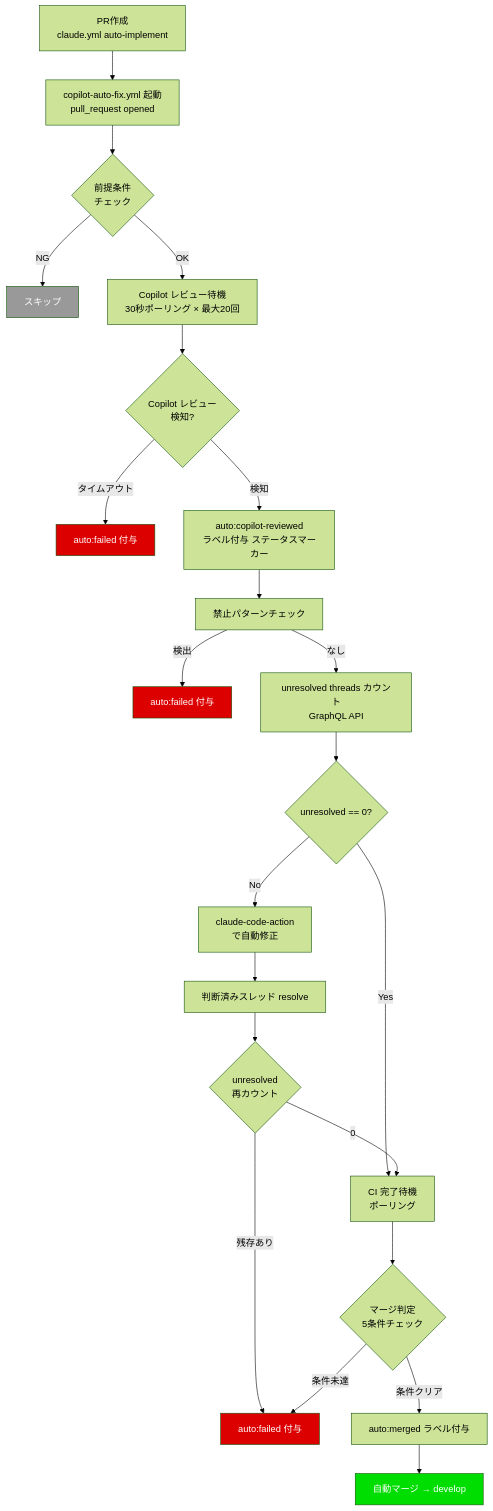
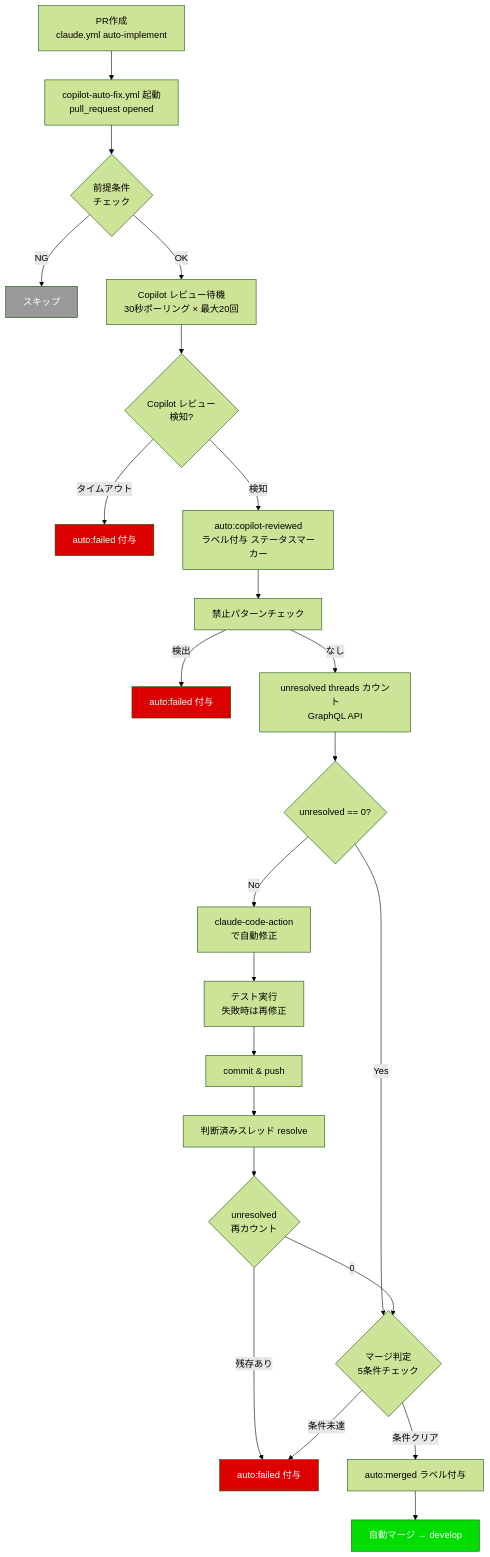
Before and after one commit to becky3/learning-companion: the first of 2 diagrams in docs/specs/copilot-auto-fix.md, drawn with Mermaid (forest theme). The commit also changed other lines of this file and 2 other files, not shown here.

````diff
--- a/docs/specs/copilot-auto-fix.md
+++ b/docs/specs/copilot-auto-fix.md
@@ -69,30 +69,31 @@
 ```mermaid
 flowchart TD
     A[PR作成<br/>claude.yml auto-implement] --> B[copilot-auto-fix.yml 起動<br/>pull_request opened]
     B --> B0{前提条件<br/>チェック}
     B0 -->|NG| Z[スキップ]
     B0 -->|OK| B1[Copilot レビュー待機<br/>30秒ポーリング × 最大20回]
     B1 --> B2{Copilot レビュー<br/>検知?}
     B2 -->|タイムアウト| I2[auto:failed 付与]
     B2 -->|検知| B3[auto:copilot-reviewed<br/>ラベル付与 ステータスマーカー]
     B3 --> H[禁止パターンチェック]
     H -->|検出| I[auto:failed 付与]
     H -->|なし| J[unresolved threads カウント<br/>GraphQL API]
     J --> K{unresolved == 0?}
-    K -->|Yes| N3[CI 完了待機<br/>ポーリング]
+    K -->|Yes| L{マージ判定<br/>5条件チェック}
     K -->|No| M[claude-code-action<br/>で自動修正]
-    M --> N[判断済みスレッド resolve]
+    M --> M2[テスト実行<br/>失敗時は再修正]
+    M2 --> M3[commit & push]
+    M3 --> N[判断済みスレッド resolve]
     N --> N2{unresolved<br/>再カウント}
     N2 -->|残存あり| P[auto:failed 付与]
-    N2 -->|0| N3
-    N3 --> L{マージ判定<br/>5条件チェック}
+    N2 -->|0| L
     L -->|条件クリア| L2[auto:merged ラベル付与]
     L2 --> O[自動マージ → develop]
     L -->|条件未達| P
 
     style O fill:#0d0,color:#fff
     style I fill:#d00,color:#fff
     style I2 fill:#d00,color:#fff
     style P fill:#d00,color:#fff
     style Z fill:#999,color:#fff
 ```
````
